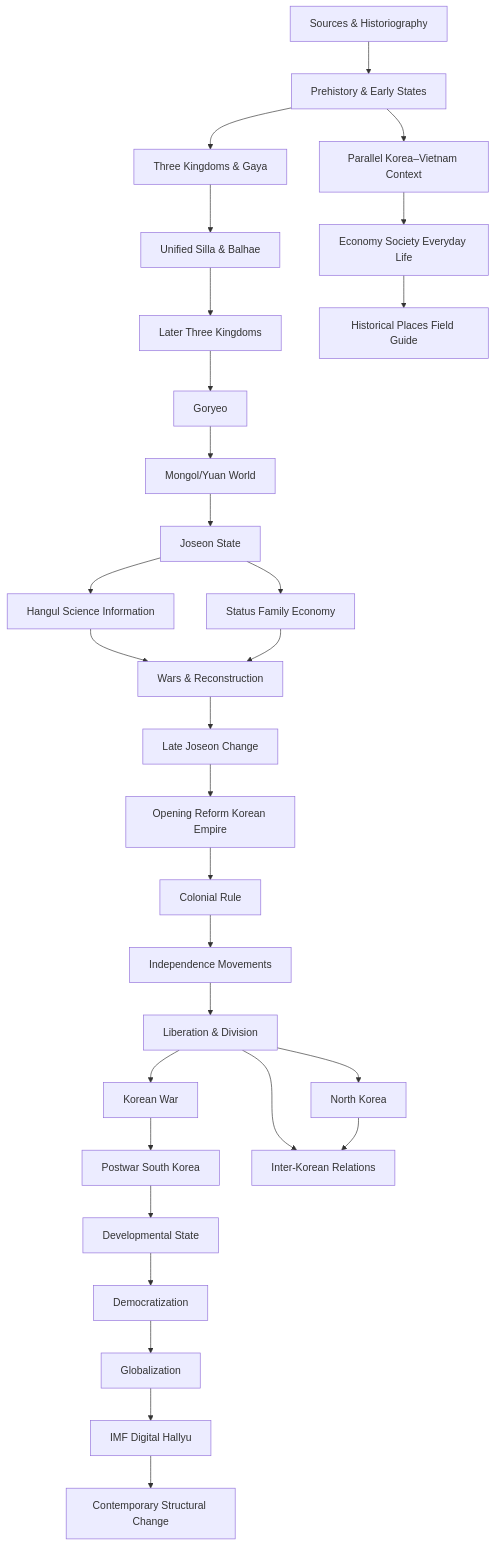
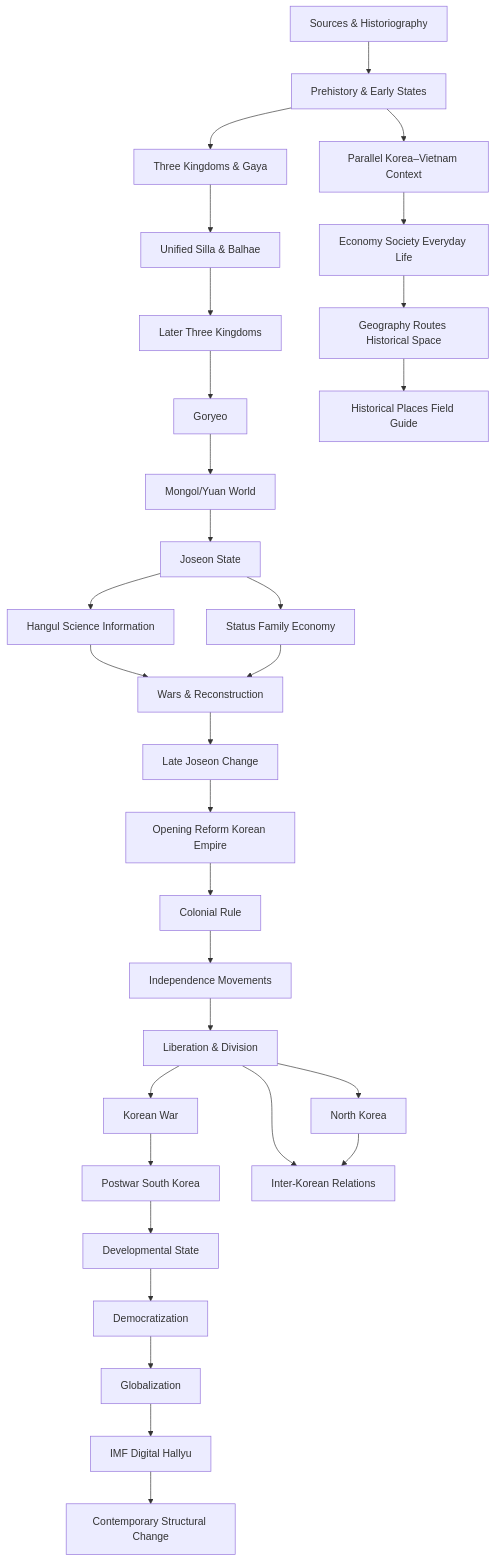
One commit to hunggtham/learning-docs changed the diagram in korean_history/00_index_and_dependency.md. Above: the diagram before and after it, drawn with Mermaid. The commit also changed other lines of this file, not shown here.

Commit message:
docs(history): add geography layer to history index

````diff
--- a/korean_history/00_index_and_dependency.md
+++ b/korean_history/00_index_and_dependency.md
@@ -112,32 +120,33 @@
 ```mermaid
 graph TD
     A[Sources & Historiography] --> B[Prehistory & Early States]
     B --> C[Three Kingdoms & Gaya]
     C --> D[Unified Silla & Balhae]
     D --> E[Later Three Kingdoms]
     E --> F[Goryeo]
     F --> G[Mongol/Yuan World]
     G --> H[Joseon State]
     H --> I[Hangul Science Information]
     H --> J[Status Family Economy]
     I --> K[Wars & Reconstruction]
     J --> K
     K --> L[Late Joseon Change]
     L --> M[Opening Reform Korean Empire]
     M --> N[Colonial Rule]
     N --> O[Independence Movements]
     O --> P[Liberation & Division]
     P --> Q[Korean War]
     P --> R[North Korea]
     Q --> S[Postwar South Korea]
     S --> T[Developmental State]
     T --> U[Democratization]
     U --> V[Globalization]
     V --> W[IMF Digital Hallyu]
     W --> X[Contemporary Structural Change]
     P --> Y[Inter-Korean Relations]
     R --> Y
     B --> Z[Parallel Korea–Vietnam Context]
     Z --> ZA[Economy Society Everyday Life]
-    ZA --> ZB[Historical Places Field Guide]
+    ZA --> ZB[Geography Routes Historical Space]
+    ZB --> ZC[Historical Places Field Guide]
 ```
````
